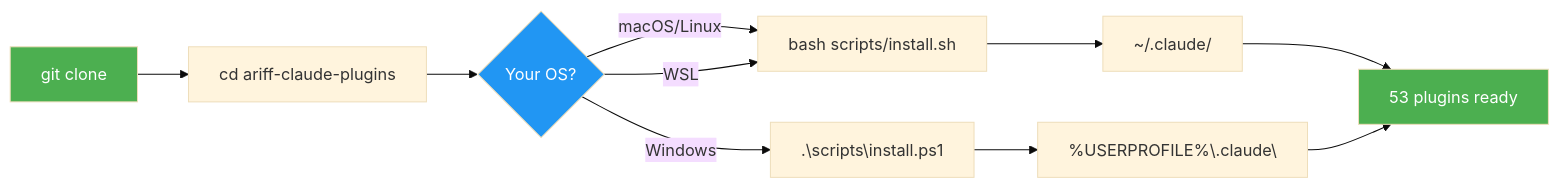
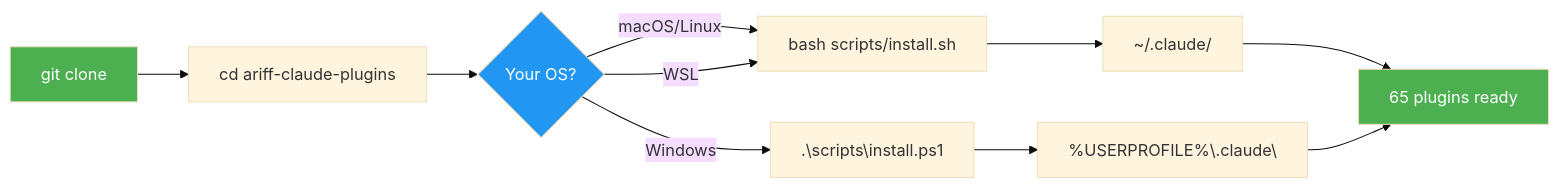
One commit to a-ariff/ariff-claude-plugins changed the third of 4 diagrams in README.md. Above: the diagram before and after it, drawn with Mermaid (base theme). The commit also changed other lines of this file and 27 other files, not shown here.

````diff
--- a/README.md
+++ b/README.md
@@ -446,16 +469,16 @@
 ```mermaid
 flowchart LR
     A["git clone"] --> B["cd ariff-claude-plugins"]
     B --> C{Your OS?}
     C -->|macOS/Linux| D["bash scripts/install.sh"]
     C -->|Windows| E[".\scripts\install.ps1"]
     C -->|WSL| D
     D --> F["~/.claude/"]
     E --> G["%USERPROFILE%\.claude\"]
-    F --> H["53 plugins ready"]
+    F --> H["65 plugins ready"]
     G --> H
 
     style A fill:#4CAF50,color:#fff
     style H fill:#4CAF50,color:#fff
     style C fill:#2196F3,color:#fff
 ```
````
